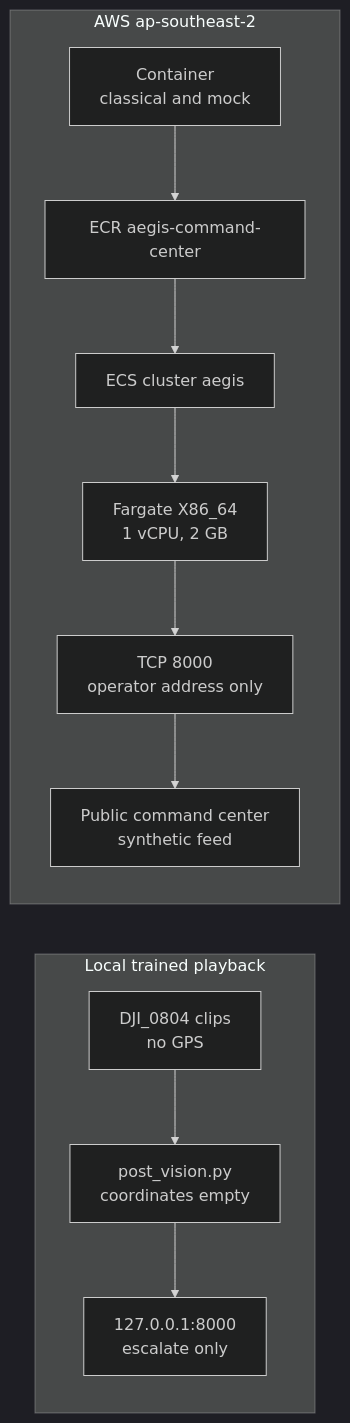
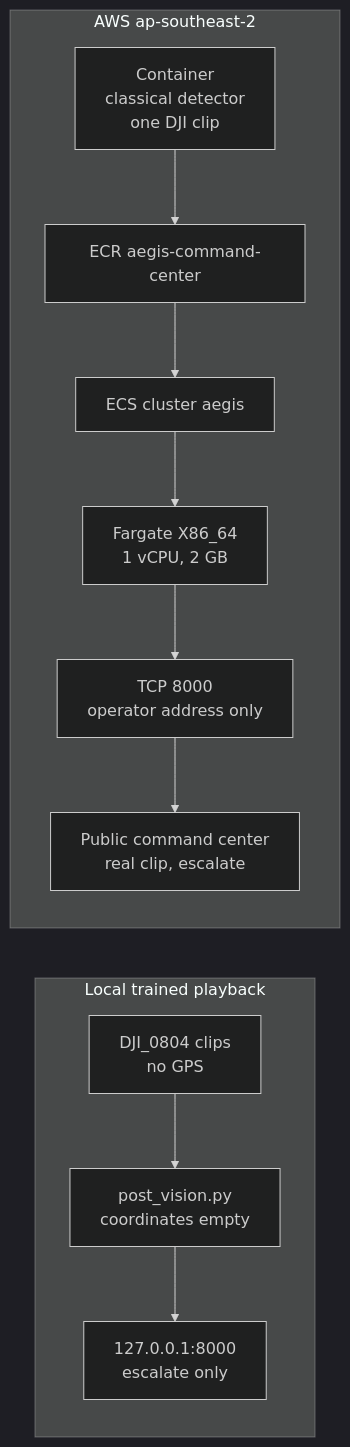
Before and after one commit to mtthwaqn/aegis: the fourth of 4 diagrams in docs/architecture.md, drawn with Mermaid (dark theme). The commit also changed other lines of this file and 7 other files, not shown here.

First line of the commit message:
Run the classical detector on a real clip in the Fargate service.

````diff
--- a/docs/architecture.md
+++ b/docs/architecture.md
@@ -117,20 +117,20 @@
 ```mermaid
 flowchart LR
   subgraph local [Local trained playback]
     dji[DJI_0804 clips<br/>no GPS]
     post[post_vision.py<br/>coordinates empty]
     localHud[127.0.0.1:8000<br/>escalate only]
   end
 
   subgraph aws [AWS ap-southeast-2]
-    image[Container<br/>classical and mock]
+    image[Container<br/>classical detector<br/>one DJI clip]
     ecr[ECR aegis-command-center]
     cluster[ECS cluster aegis]
     fargate[Fargate X86_64<br/>1 vCPU, 2 GB]
     guard[TCP 8000<br/>operator address only]
-    site[Public command center<br/>synthetic feed]
+    site[Public command center<br/>real clip, escalate]
   end
 
   dji --> post --> localHud
   image --> ecr --> cluster --> fargate --> guard --> site
 ```
````
